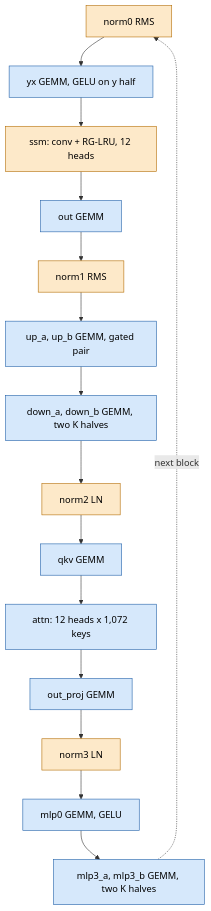
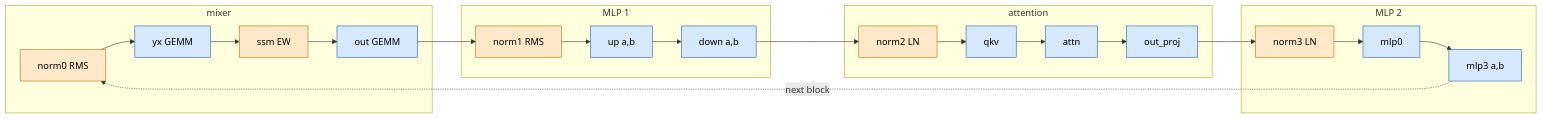
One commit to Guppy16/strix-halo-maxx changed the first of 3 diagrams in tapnext/book/step-design.md. Above: the diagram before and after it, drawn with Mermaid. The commit also changed other lines of this file, not shown here.

````diff
--- a/tapnext/book/step-design.md
+++ b/tapnext/book/step-design.md
@@ -24,19 +24,21 @@
 ```mermaid
-flowchart TD
+flowchart LR
     classDef ew fill:#fde9c9,stroke:#b36b00,color:#000
     classDef gemm fill:#d6e8fb,stroke:#1f5fa8,color:#000
-    n0["norm0 RMS"]:::ew --> yx["yx GEMM, GELU on y half"]:::gemm
-    yx --> ssm["ssm: conv + RG-LRU, 12 heads"]:::ew
-    ssm --> out["out GEMM"]:::gemm
-    out --> n1["norm1 RMS"]:::ew
-    n1 --> up["up_a, up_b GEMM, gated pair"]:::gemm
-    up --> down["down_a, down_b GEMM, two K halves"]:::gemm
-    down --> n2["norm2 LN"]:::ew
-    n2 --> qkv["qkv GEMM"]:::gemm
-    qkv --> attn["attn: 12 heads x 1,072 keys"]:::gemm
-    attn --> op["out_proj GEMM"]:::gemm
-    op --> n3["norm3 LN"]:::ew
-    n3 --> m0["mlp0 GEMM, GELU"]:::gemm
-    m0 --> m3["mlp3_a, mlp3_b GEMM, two K halves"]:::gemm
-    m3 -. next block .-> n0
+    subgraph mixer["mixer"]
+        n0["norm0 RMS"]:::ew --> yx["yx GEMM"]:::gemm --> ssm["ssm EW"]:::ew --> out["out GEMM"]:::gemm
+    end
+    subgraph mlp1["MLP 1"]
+        n1["norm1 RMS"]:::ew --> up["up a,b"]:::gemm --> down["down a,b"]:::gemm
+    end
+    subgraph att["attention"]
+        n2["norm2 LN"]:::ew --> qkv["qkv"]:::gemm --> attn["attn"]:::gemm --> op["out_proj"]:::gemm
+    end
+    subgraph mlp2["MLP 2"]
+        n3["norm3 LN"]:::ew --> m0["mlp0"]:::gemm --> m3["mlp3 a,b"]:::gemm
+    end
+    out --> n1
+    down --> n2
+    op --> n3
+    m3 -.-> |next block| n0
 ```
````
